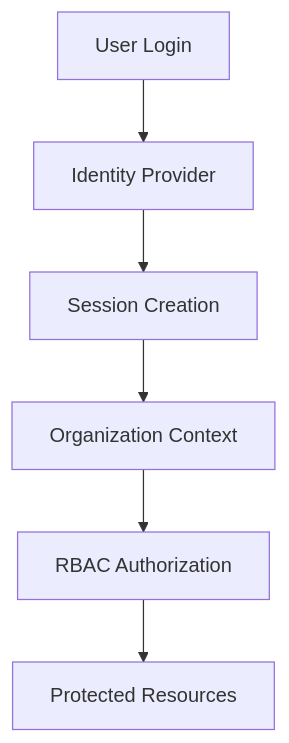
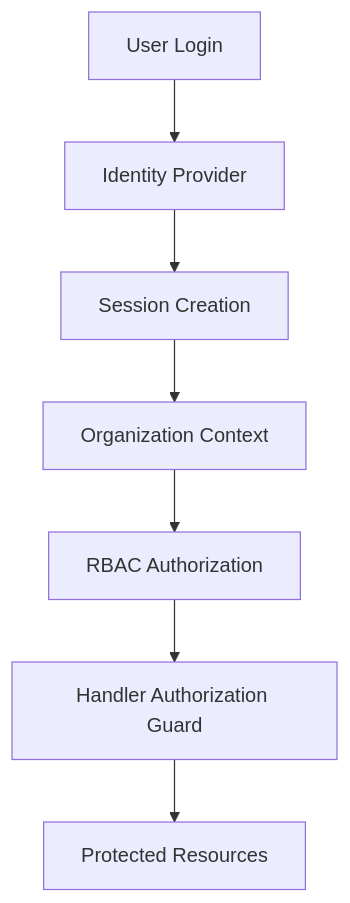
The diagram in docs/auth-strategy.md (Ahsankhalid618/multi-tenant-saas-architecture), drawn with Mermaid before and after one commit. The commit also changed other lines of this file and 20 other files, not shown here.

````diff
--- a/docs/auth-strategy.md
+++ b/docs/auth-strategy.md
@@ -21,14 +31,16 @@
 ```mermaid
 flowchart TD
 
 A[User Login]
 --> B[Identity Provider]
 
 B --> C[Session Creation]
 
 C --> D[Organization Context]
 
 D --> E[RBAC Authorization]
 
-E --> F[Protected Resources]
+E --> F[Handler Authorization Guard]
+
+F --> G[Protected Resources]
 ```
````
